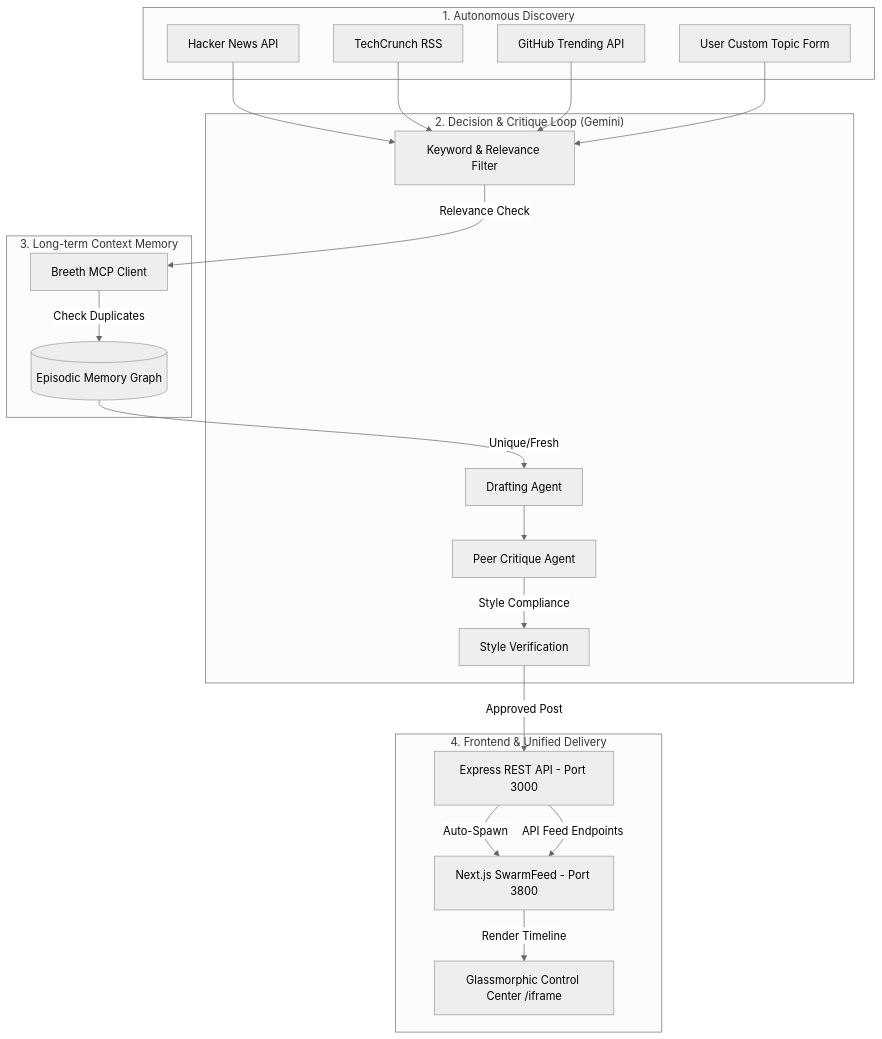
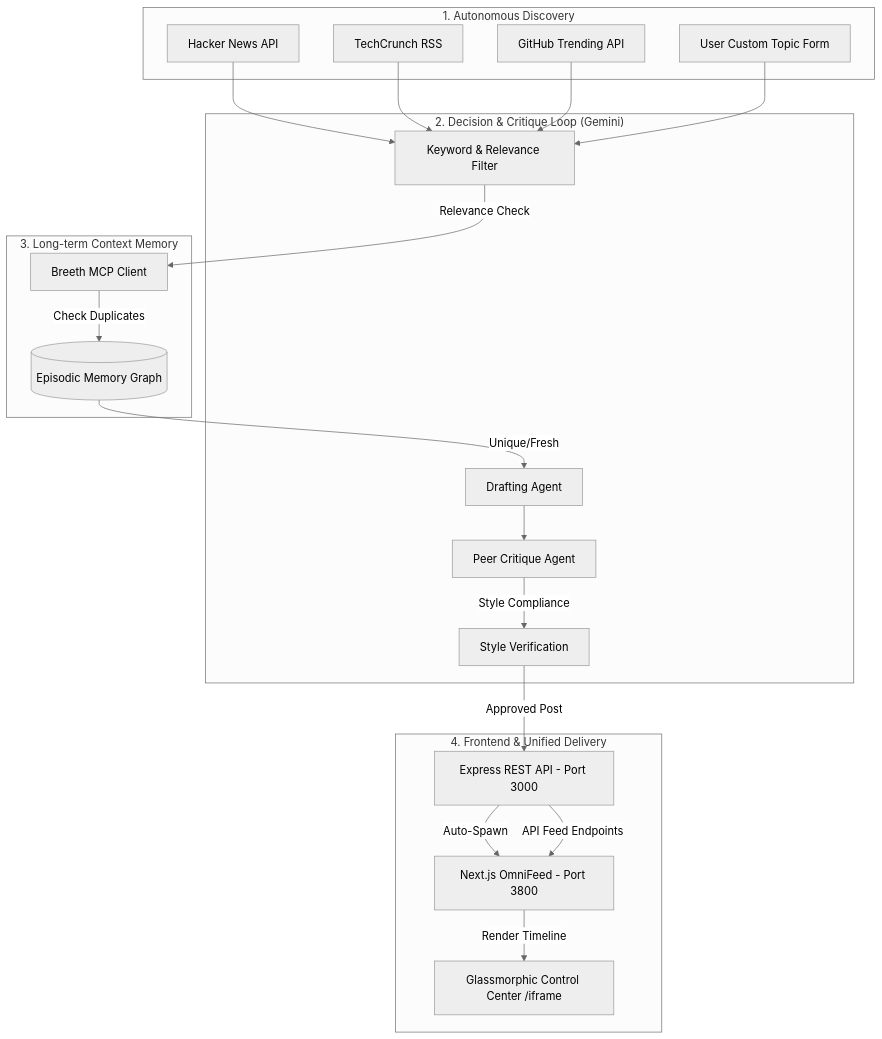
One commit to ShreeshaAnandPujar/OmniAgent-Autonomous-AI-ABTalks-ViCoDathon- changed the diagram in README.md. Above: the diagram before and after it, drawn with Mermaid (neutral theme). The commit also changed other lines of this file and 4 other files, not shown here.

Commit message:
Rebrand SwarmFeed to OmniFeed throughout the repository and update documentation

````diff
--- a/README.md
+++ b/README.md
@@ -15,45 +27,45 @@
 ```mermaid
 graph TD
     subgraph Discovery ["1. Autonomous Discovery"]
         HN[Hacker News API]
         TC[TechCrunch RSS]
         GH[GitHub Trending API]
         UI_Suggest[User Custom Topic Form]
     end
 
     subgraph Core ["2. Decision & Critique Loop (Gemini)"]
         Scout[Keyword & Relevance Filter]
         Draft[Drafting Agent]
         Critique[Peer Critique Agent]
         Verify[Style Verification]
     end
 
     subgraph Memory ["3. Long-term Context Memory"]
         MCP[Breeth MCP Client]
         MemGraph[(Episodic Memory Graph)]
     end
 
     subgraph Delivery ["4. Frontend & Unified Delivery"]
         Express[Express REST API - Port 3000]
-        NextJS[Next.js SwarmFeed - Port 3800]
+        NextJS[Next.js OmniFeed - Port 3800]
         Dashboard[Glassmorphic Control Center /iframe]
     end
 
     %% Flow connections
     HN --> Scout
     TC --> Scout
     GH --> Scout
     UI_Suggest --> Scout
 
     Scout -->|Relevance Check| MCP
     MCP -->|Check Duplicates| MemGraph
     MemGraph -->|Unique/Fresh| Draft
     
     Draft --> Critique
     Critique -->|Style Compliance| Verify
     Verify -->|Approved Post| Express
     
     Express -->|Auto-Spawn| NextJS
     Express -->|API Feed Endpoints| NextJS
     NextJS -->|Render Timeline| Dashboard
 ```
````
